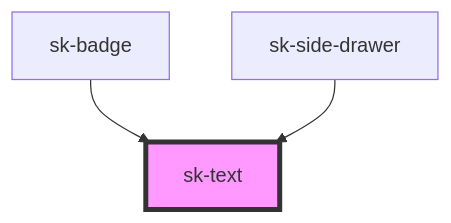
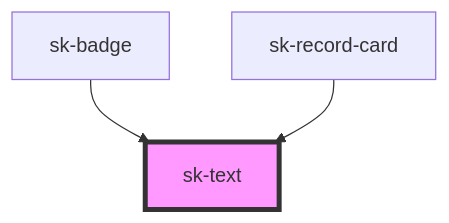
One commit to shincke/sk-toolkit changed the diagram in web-components-stencil/src/components/sk-text/readme.md. Above: the diagram before and after it, drawn with Mermaid. The commit also changed other lines of this file and 30 other files, not shown here.

Commit message:
feat: implement sk-drawer and first pattern - sk-record-card

````diff
--- a/web-components-stencil/src/components/sk-text/readme.md
+++ b/web-components-stencil/src/components/sk-text/readme.md
@@ -24,6 +24,6 @@
 ```mermaid
 graph TD;
   sk-badge --> sk-text
-  sk-side-drawer --> sk-text
+  sk-record-card --> sk-text
   style sk-text fill:#f9f,stroke:#333,stroke-width:4px
 ```
````
